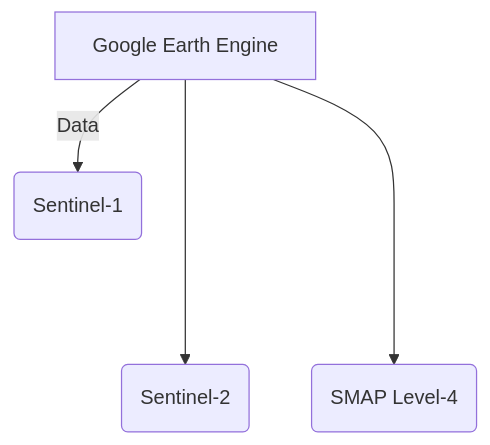
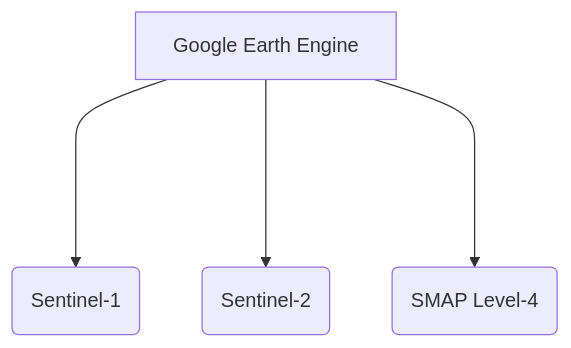
One commit to ITU-GeoAI-Challenge/3rd_place_cropland_mapping changed the diagram in README.md. Above: the diagram before and after it, drawn with Mermaid.

````diff
--- a/README.md
+++ b/README.md
@@ -14,6 +14,6 @@
 ```mermaid
 graph TD
-    A[Google Earth Engine] -- Data --> B(Sentinel-1)
+    A[Google Earth Engine] ----> B(Sentinel-1)
     A ----> C(Sentinel-2)
     A ----> D(SMAP Level-4)
 ```
````
